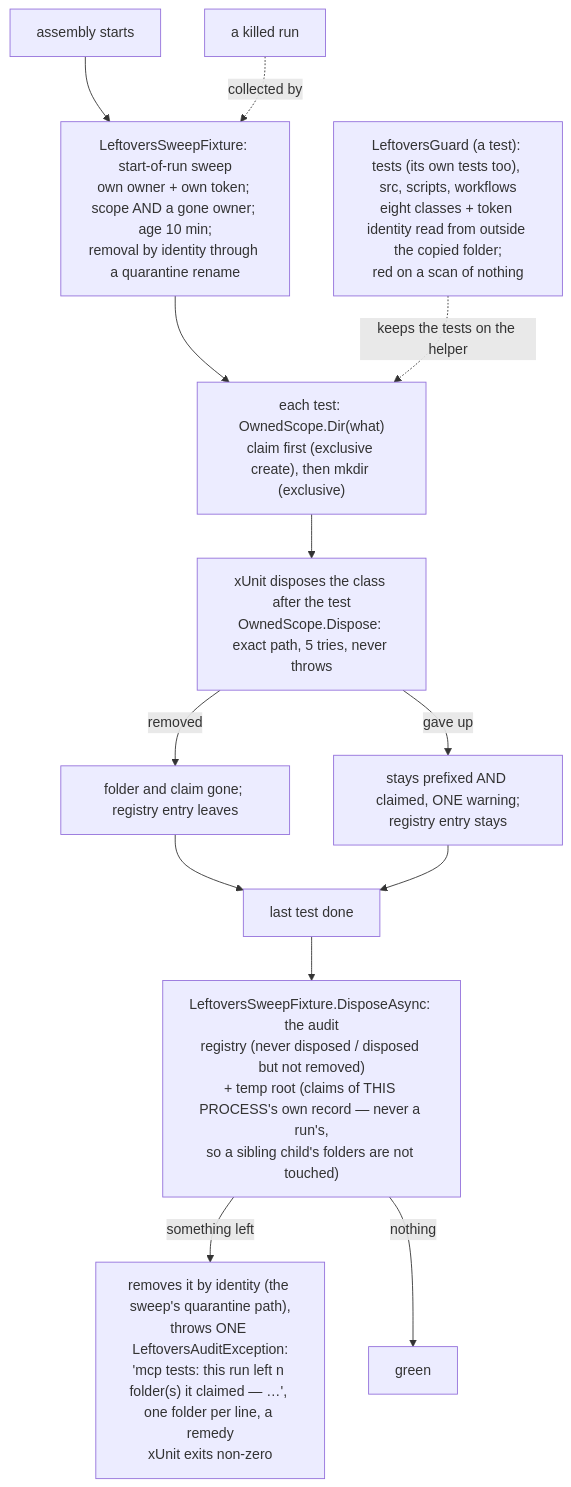
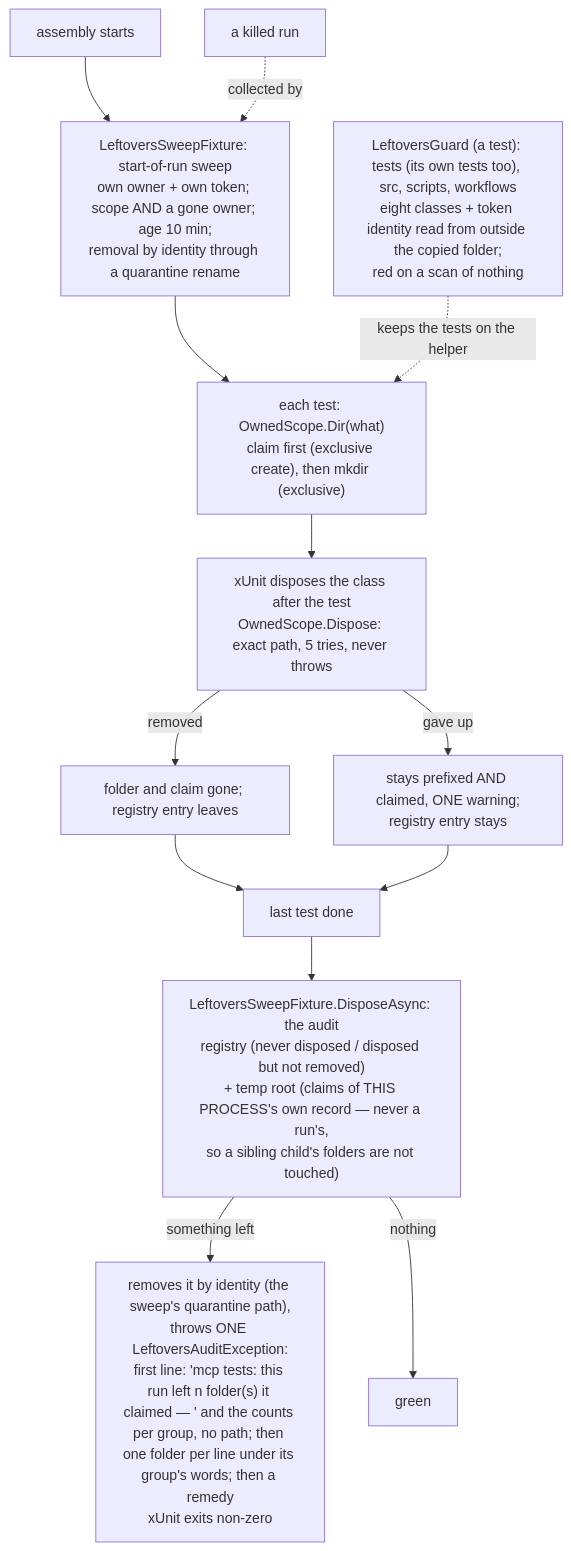
One commit to oleksandrdubyna88/dew_flow_mcp changed the diagram in research/module_tests.md. Above: the diagram before and after it, drawn with Mermaid. The commit also changed 2 other files, not shown here.

Commit message:
ci: the audit steps check the first line (counts, no path) and the per-folder line apart; plan Deviations O-R (review round 2)
The audit's first line already carried counts and the group summary only, with each path on its own
line; the bash and PowerShell steps now say so strictly: (a) a first line with the counts and the case's
group word and no path on it, (b) a leading-blank per-folder line naming the self-test folder under that
word. module_tests.md quotes the message's shape.

````diff
--- a/research/module_tests.md
+++ b/research/module_tests.md
@@ -30,15 +30,15 @@
 ```mermaid
 flowchart TD
     START["assembly starts"] --> SWEEP["LeftoversSweepFixture: start-of-run sweep<br/>own owner + own token; scope AND a gone owner; age 10 min;<br/>removal by identity through a quarantine rename"]
     SWEEP --> TEST["each test: OwnedScope.Dir(what)<br/>claim first (exclusive create), then mkdir (exclusive)"]
     TEST --> DISPOSE["xUnit disposes the class after the test<br/>OwnedScope.Dispose: exact path, 5 tries, never throws"]
     DISPOSE -->|removed| GONE["folder and claim gone; registry entry leaves"]
     DISPOSE -->|gave up| KEPT["stays prefixed AND claimed, ONE warning;<br/>registry entry stays"]
     GONE --> END["last test done"]
     KEPT --> END
     END --> AUDIT["LeftoversSweepFixture.DisposeAsync: the audit<br/>registry (never disposed / disposed but not removed)<br/>+ temp root (claims of THIS PROCESS's own record — never a run's,<br/>so a sibling child's folders are not touched)"]
-    AUDIT -->|something left| RED["removes it by identity (the sweep's quarantine path),<br/>throws ONE LeftoversAuditException:<br/>'mcp tests: this run left n folder(s) it claimed — …', one folder per line, a remedy<br/>xUnit exits non-zero"]
+    AUDIT -->|something left| RED["removes it by identity (the sweep's quarantine path),<br/>throws ONE LeftoversAuditException:<br/>first line: 'mcp tests: this run left n folder(s) it claimed — ' and the counts per group, no path; then one folder per line under its group's words; then a remedy<br/>xUnit exits non-zero"]
     AUDIT -->|nothing| GREEN["green"]
     KILLED["a killed run"] -.->|collected by| SWEEP
     GUARD["LeftoversGuard (a test): tests (its own tests too), src, scripts, workflows<br/>eight classes + token identity read from outside the copied folder;<br/>red on a scan of nothing"] -.->|keeps the tests on the helper| TEST
 ```
````
